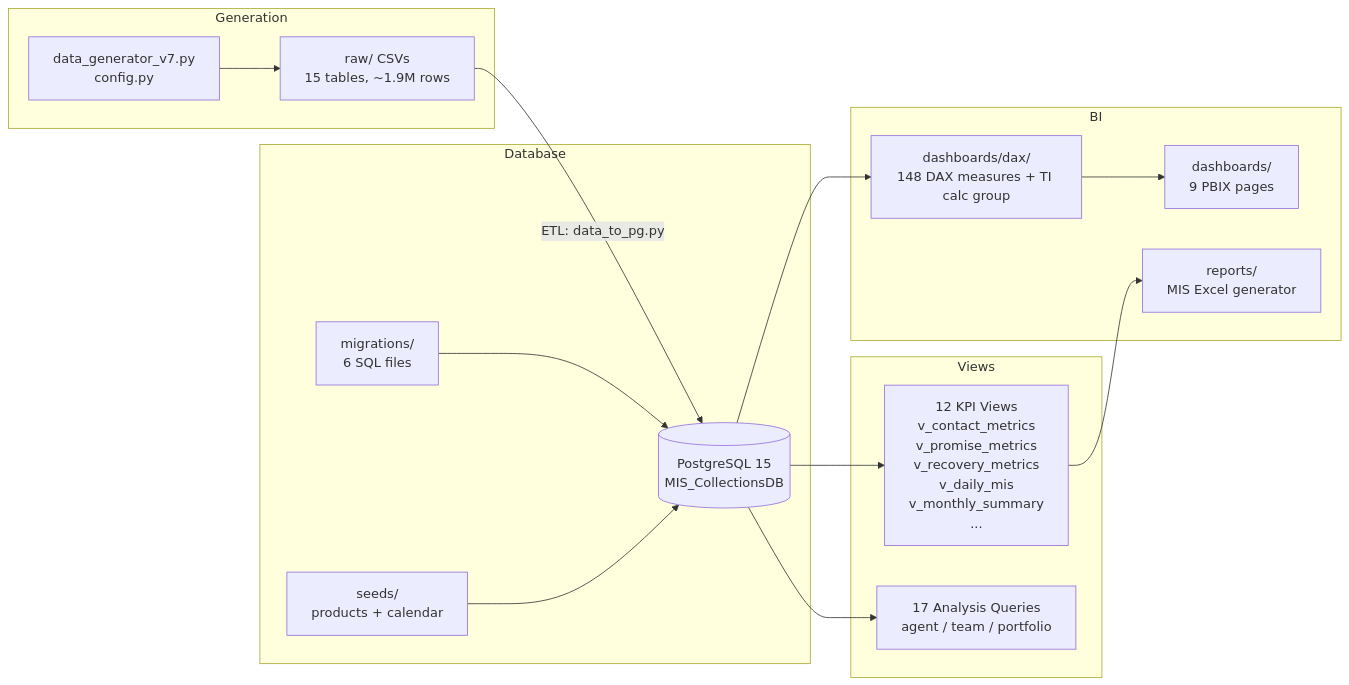
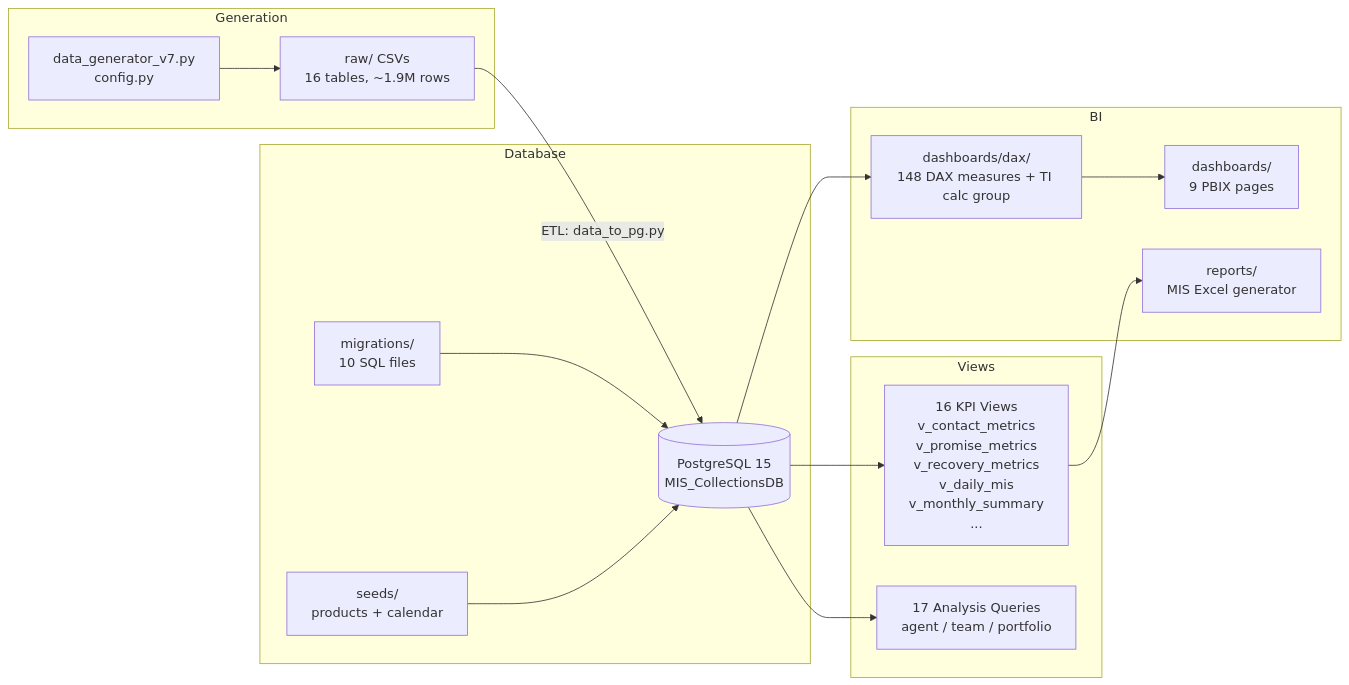
One commit to rtrlpz/MIS-COLLECTIONS changed the diagram in README.md. Above: the diagram before and after it, drawn with Mermaid. The commit also changed other lines of this file, not shown here.

````diff
--- a/README.md
+++ b/README.md
@@ -80,30 +80,30 @@
 ```mermaid
 flowchart LR
     subgraph Generation
         G[data_generator_v7.py<br/>config.py]
-        CSV[raw/ CSVs<br/>15 tables, ~1.9M rows]
+        CSV[raw/ CSVs<br/>16 tables, ~1.9M rows]
     end
     subgraph Database
         PG[(PostgreSQL 15<br/>MIS_CollectionsDB)]
-        MIG[migrations/<br/>6 SQL files]
+        MIG[migrations/<br/>10 SQL files]
         SEED[seeds/<br/>products + calendar]
     end
     subgraph Views
-        V[12 KPI Views<br/>v_contact_metrics<br/>v_promise_metrics<br/>v_recovery_metrics<br/>v_daily_mis<br/>v_monthly_summary<br/>...]
+        V[16 KPI Views<br/>v_contact_metrics<br/>v_promise_metrics<br/>v_recovery_metrics<br/>v_daily_mis<br/>v_monthly_summary<br/>...]
         A[17 Analysis Queries<br/>agent / team / portfolio]
     end
     subgraph BI
         DAX[dashboards/dax/<br/>148 DAX measures + TI calc group]
         PBI[dashboards/<br/>9 PBIX pages]
         EXCEL[reports/<br/>MIS Excel generator]
     end
     G --> CSV
     CSV -->|ETL: data_to_pg.py| PG
     MIG --> PG
     SEED --> PG
     PG --> V
     PG --> A
     PG --> DAX
     DAX --> PBI
     V --> EXCEL
 ```
````
